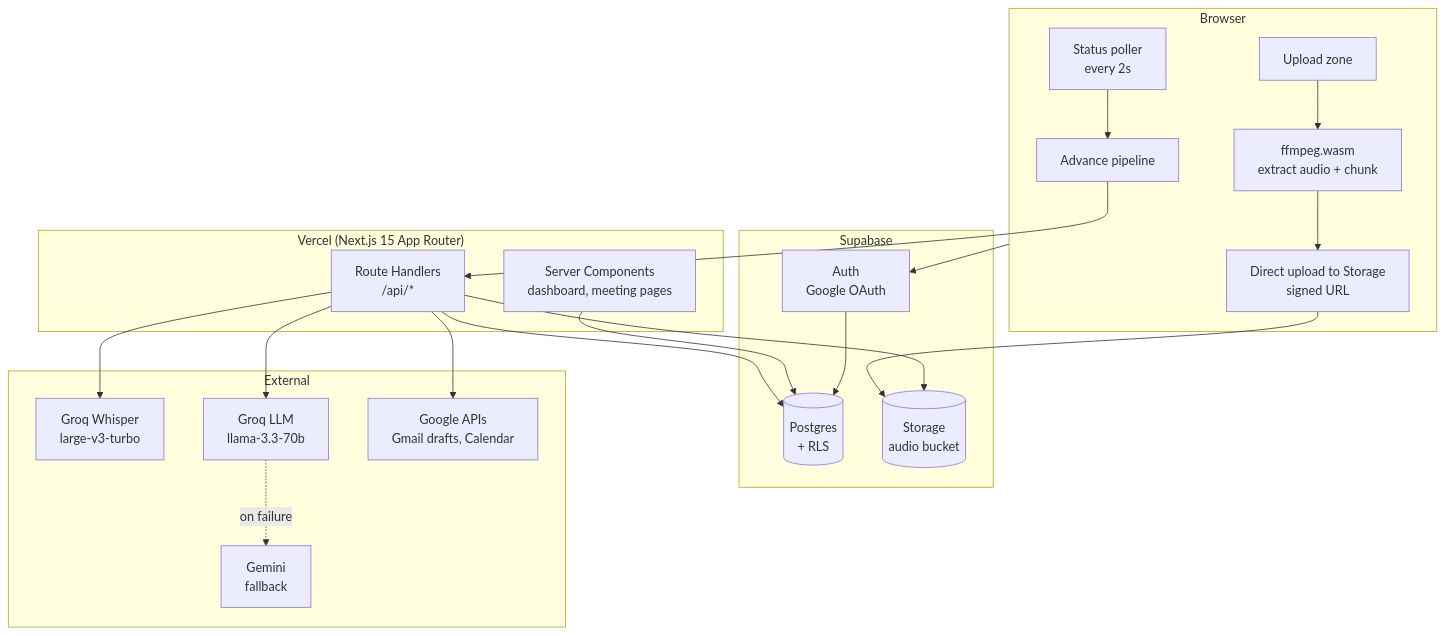
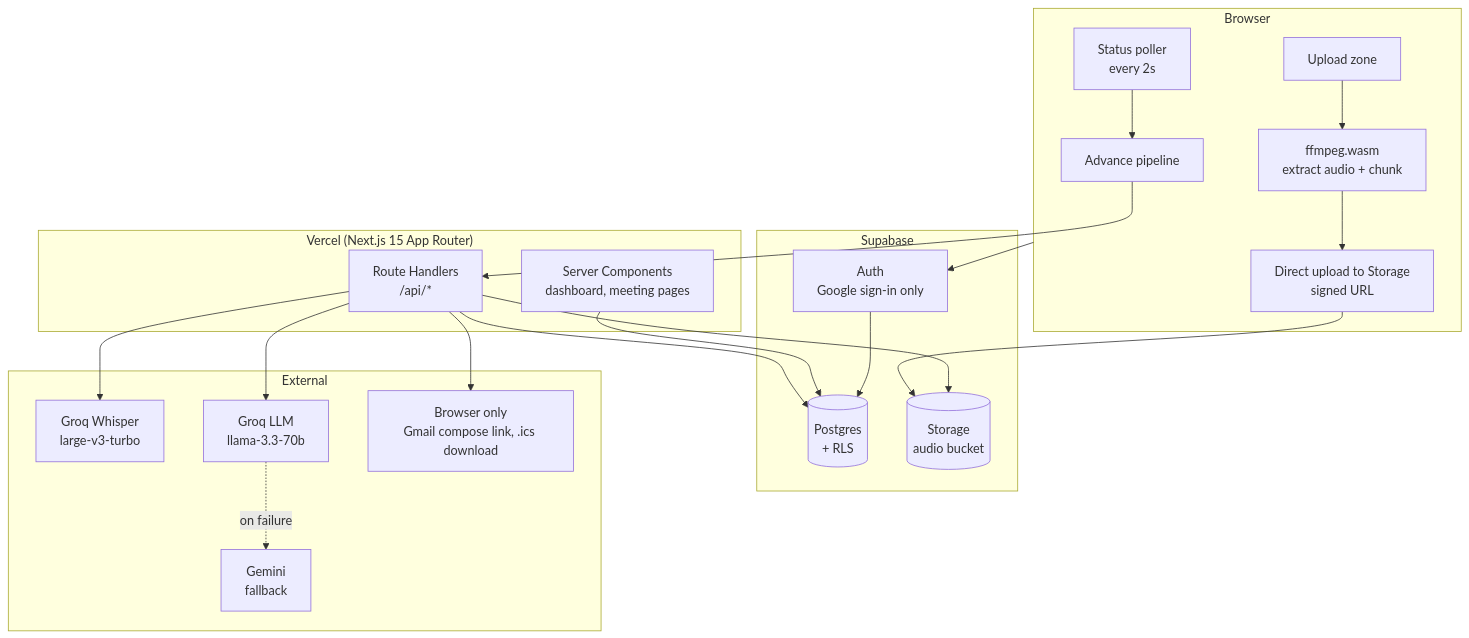
One commit to dooddles07/SyncMind changed the first of 3 diagrams in docs/ARCHITECTURE.md. Above: the diagram before and after it, drawn with Mermaid. The commit also changed other lines of this file and 18 other files, not shown here.

Commit message:
fix(integrations): drop Gmail/Calendar OAuth, ship deep-link + .ics export

````diff
--- a/docs/ARCHITECTURE.md
+++ b/docs/ARCHITECTURE.md
@@ -19,38 +19,38 @@
 ```mermaid
 flowchart TB
     subgraph Browser
         U[Upload zone] --> FF[ffmpeg.wasm<br/>extract audio + chunk]
         FF --> UP[Direct upload to Storage<br/>signed URL]
         POLL[Status poller<br/>every 2s] --> ADV[Advance pipeline]
     end
 
     subgraph Vercel["Vercel (Next.js 15 App Router)"]
         RSC[Server Components<br/>dashboard, meeting pages]
         API[Route Handlers<br/>/api/*]
     end
 
     subgraph Supabase
-        AUTH[Auth<br/>Google OAuth]
+        AUTH[Auth<br/>Google sign-in only]
         DB[(Postgres<br/>+ RLS)]
         ST[(Storage<br/>audio bucket)]
     end
 
     subgraph External
         GROQ_W[Groq Whisper<br/>large-v3-turbo]
         GROQ_L[Groq LLM<br/>llama-3.3-70b]
         GEM[Gemini<br/>fallback]
-        GAPI[Google APIs<br/>Gmail drafts, Calendar]
+        GAPI[Browser only<br/>Gmail compose link, .ics download]
     end
 
     UP --> ST
     ADV --> API
     API --> DB
     API --> ST
     API --> GROQ_W
     API --> GROQ_L
     GROQ_L -. on failure .-> GEM
     API --> GAPI
     RSC --> DB
     Browser --> AUTH
     AUTH --> DB
 ```
````
